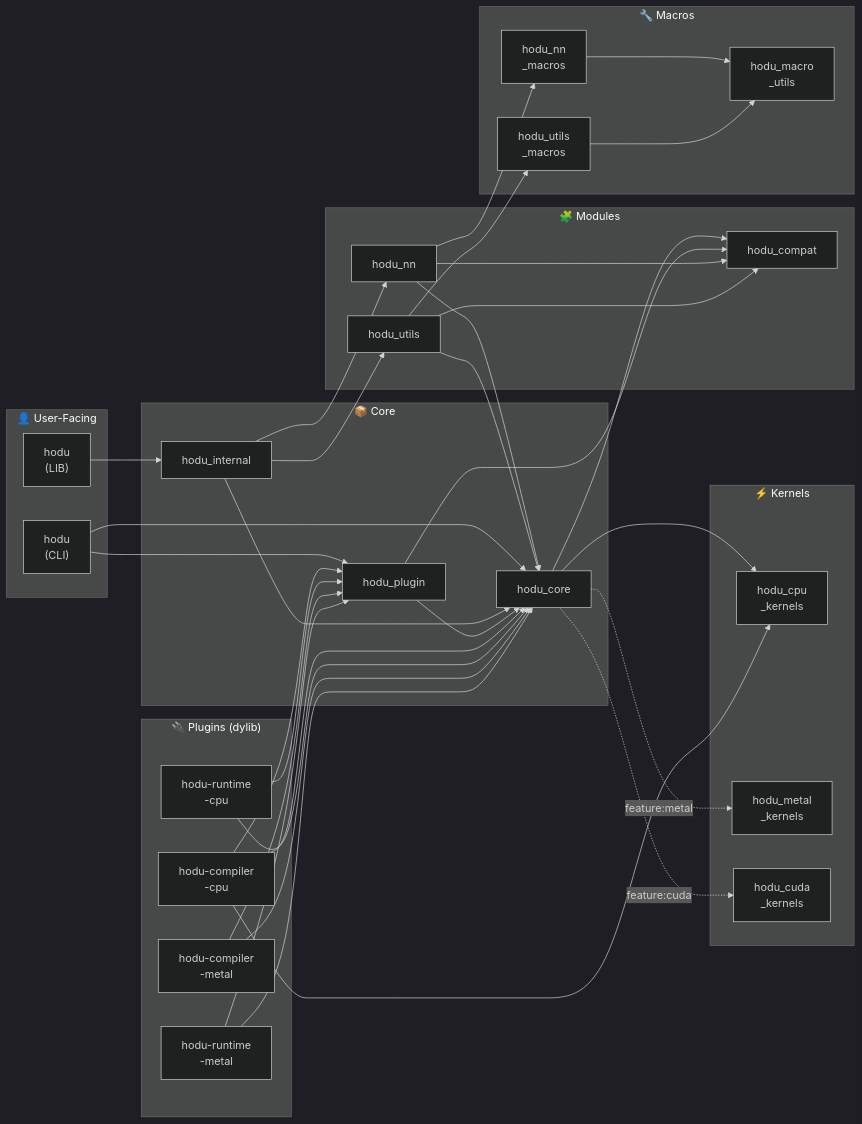
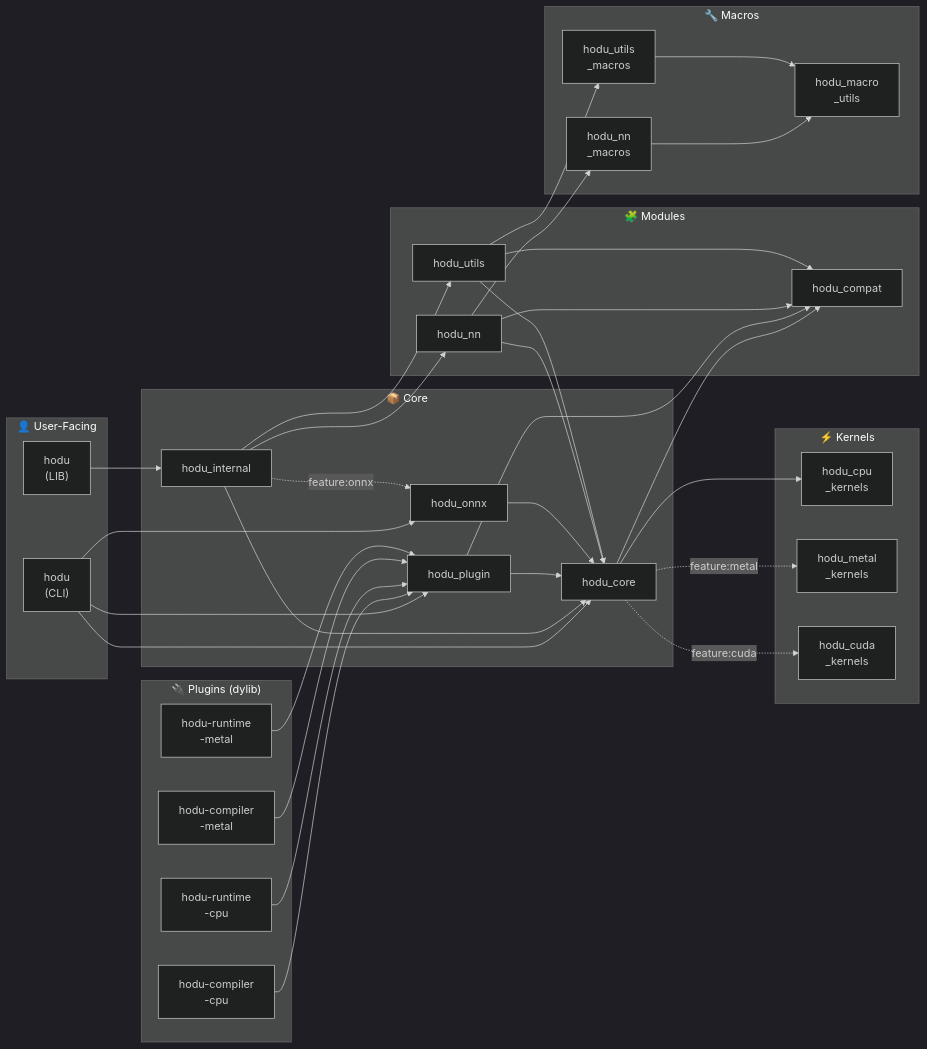
One commit to hodu-rs/hodu changed the third of 4 diagrams in docs/TODOS_0.3.0-2.md. Above: the diagram before and after it, drawn with Mermaid (dark theme). The commit also changed other lines of this file and 50 other files, not shown here.

````diff
--- a/docs/TODOS_0.3.0-2.md
+++ b/docs/TODOS_0.3.0-2.md
@@ -481,6 +452,7 @@
         internal["hodu_internal"]
         core["hodu_core"]
         plugin["hodu_plugin"]
+        onnx["hodu_onnx"]
     end
 
     subgraph Modules["🧩 Modules"]
@@ -514,11 +486,13 @@
     %% hodu (CLI)
     cli --> core
     cli --> plugin
+    cli --> onnx
 
     %% hodu_internal
     internal --> core
     internal --> nn
     internal --> utils
+    internal -.->|feature:onnx| onnx
 
     %% hodu_core
     core --> compat
@@ -529,6 +503,9 @@
     %% hodu_plugin
     plugin --> core
     plugin --> compat
+
+    %% hodu_onnx
+    onnx --> core
 
     %% hodu_nn
     nn --> core
@@ -544,14 +521,9 @@
     nn_macros --> macro_utils
     utils_macros --> macro_utils
 
-    %% Plugins
+    %% Plugins (only depend on hodu_plugin)
     compiler_cpu --> plugin
-    compiler_cpu --> core
-    compiler_cpu --> cpu
     runtime_cpu --> plugin
-    runtime_cpu --> core
     compiler_metal --> plugin
-    compiler_metal --> core
     runtime_metal --> plugin
-    runtime_metal --> core
 ```
````
